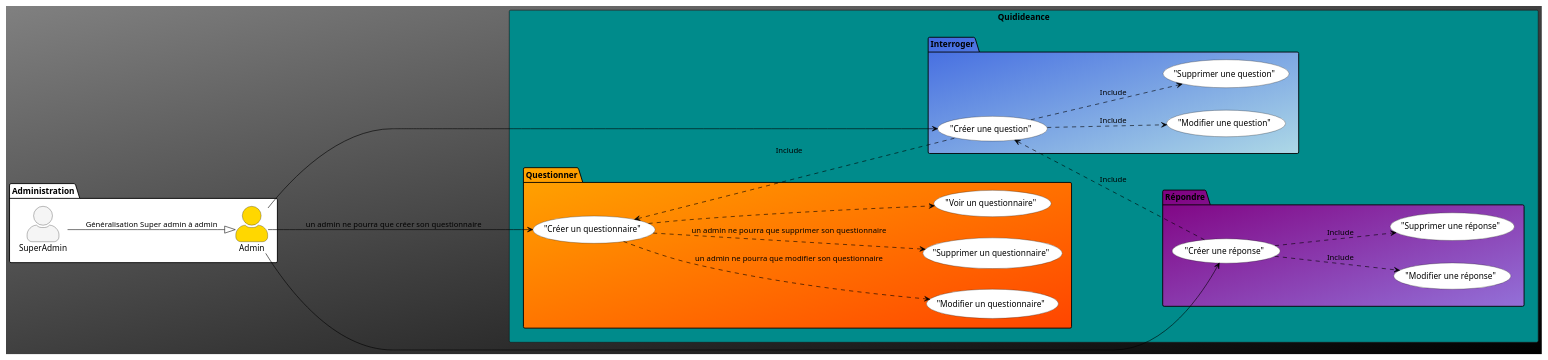
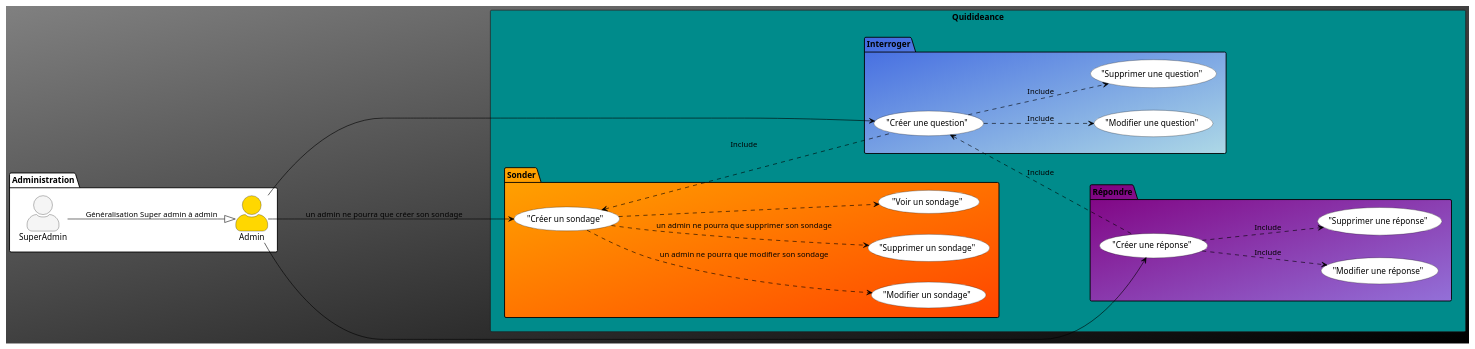
The diagram in documents/analyse_uml/diagramme_use_case/use_case_questionner.wsd (nwehla/QuidideanceTest), drawn with PlantUML before and after one commit. The commit also changed 10 other files, not shown here.

```diff
--- a/documents/analyse_uml/diagramme_use_case/use_case_questionner.wsd
+++ b/documents/analyse_uml/diagramme_use_case/use_case_questionner.wsd
@@ -1,67 +1,67 @@
 @startuml Codecouleur
 left to right direction
 skinparam actorStyle awesome
 skinparam backgroundcolor Grey/Black
 skinparam classBackgroundColor Wheat|CornflowerBlue
 package Administration #White{
     actor Admin as ADMIN #Gold
     actor SuperAdmin as SUPADMIN #WhiteSmoke
 }
 
 
 Rectangle Quidideance #DarkCyan {
 
  
 package Interroger #RoyalBlue/LightBlue {
 
     ("Créer une question") as INTNEW #White
     ("Modifier une question") as INTEDIT #White
     ("Supprimer une question") as INTDELETE #White
 }
-package Questionner #Orange/OrangeRed {
+package Sonder #Orange/OrangeRed {
 
-    ("Créer un questionnaire") as QUENEW #White
-    ("Modifier un questionnaire") as QUEEDIT #White 
-    ("Supprimer un questionnaire") as QUEDELETE #White
-    ("Voir un questionnaire") as QUESHOW #White
+    ("Créer un sondage") as SONNEW #White
+    ("Modifier un sondage") as SONEDIT #White 
+    ("Supprimer un sondage") as SONDELETE #White
+    ("Voir un sondage") as SONSHOW #White
 }
 
 package Répondre #Purple/MediumPurple {
 
     ("Créer une réponse") as REPNEW #White
     ("Modifier une réponse") as REPEDIT #White
     ("Supprimer une réponse") as REPDELETE #White
 }
 
     SUPADMIN--|> ADMIN : Généralisation Super admin à admin
 
-    ADMIN--->QUENEW #Black : un admin ne pourra que créer son questionnaire
-    QUENEW-..>QUEEDIT #Black : un admin ne pourra que modifier son questionnaire
-    QUENEW-..>QUEDELETE #Black : un admin ne pourra que supprimer son questionnaire
-    QUENEW-..>QUESHOW #Black   
+    ADMIN--->SONNEW #Black : un admin ne pourra que créer son sondage
+    SONNEW-..>SONEDIT #Black : un admin ne pourra que modifier son sondage
+    SONNEW-..>SONDELETE #Black : un admin ne pourra que supprimer son sondage
+    SONNEW-..>SONSHOW #Black   
 
     ADMIN--->INTNEW #Black
     INTNEW-..>INTEDIT #Black : Include
     INTNEW-..>INTDELETE #Black : Include
   
 
     ADMIN--->REPNEW #Black
     REPNEW-..>REPEDIT #Black : Include
     REPNEW-..>REPDELETE #Black : Include
     
-    QUENEW<..-INTNEW #Black : Include
+    SONNEW<..-INTNEW #Black : Include
     INTNEW<..-REPNEW #Black : Include
     
     
     
     
     
 
 
 
       
     
   
 }
 
 @enduml
```
